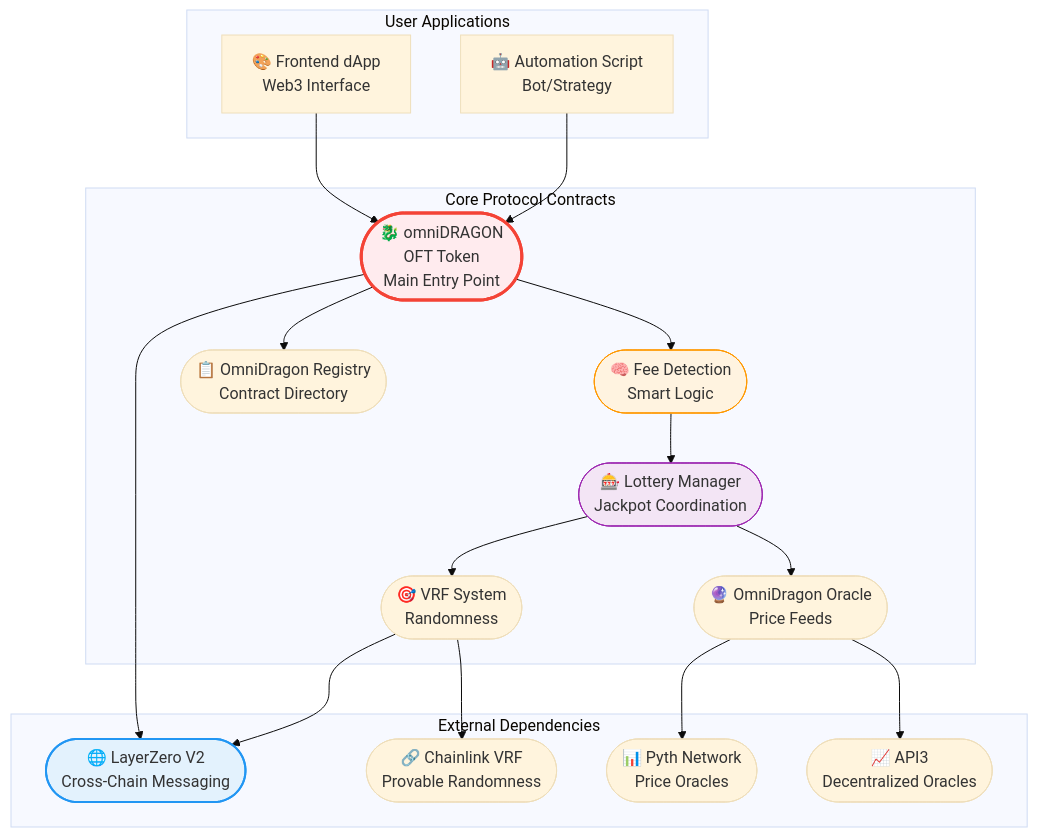
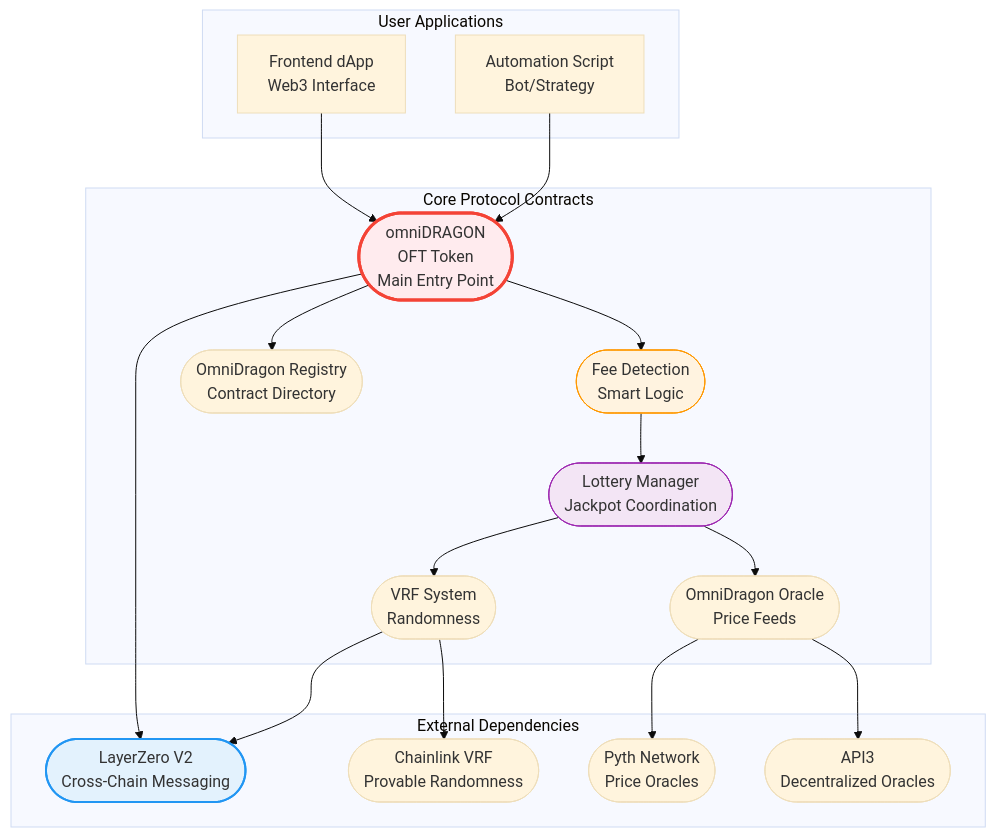
One commit to omnidragon-io/docs changed the fifth of 11 diagrams in docs/diagrams.md. Above: the diagram before and after it, drawn with Mermaid (base theme). The commit also changed other lines of this file, not shown here.

First line of the commit message:
docs: remove all emojis from Mermaid diagrams for clean, professional appearance

````diff
--- a/docs/diagrams.md
+++ b/docs/diagrams.md
@@ -160,45 +160,45 @@
 ```mermaid
 graph TD
     subgraph "User Applications"
-        DAPP[🎨 Frontend dApp<br/>Web3 Interface]
-        SCRIPT[🤖 Automation Script<br/>Bot/Strategy]
+        DAPP[Frontend dApp<br/>Web3 Interface]
+        SCRIPT[Automation Script<br/>Bot/Strategy]
     end
 
     subgraph "Core Protocol Contracts"
-        DRAGON([🐉 omniDRAGON<br/>OFT Token<br/>Main Entry Point])
-        FEESYS([🧠 Fee Detection<br/>Smart Logic])
-        LOTTERY([🎰 Lottery Manager<br/>Jackpot Coordination])
-        REGISTRY([📋 OmniDragon Registry<br/>Contract Directory])
-        ORACLE([🔮 OmniDragon Oracle<br/>Price Feeds])
-        VRF([🎯 VRF System<br/>Randomness])
+        DRAGON([omniDRAGON<br/>OFT Token<br/>Main Entry Point])
+        FEESYS([Fee Detection<br/>Smart Logic])
+        LOTTERY([Lottery Manager<br/>Jackpot Coordination])
+        REGISTRY([OmniDragon Registry<br/>Contract Directory])
+        ORACLE([OmniDragon Oracle<br/>Price Feeds])
+        VRF([VRF System<br/>Randomness])
     end
 
     subgraph "External Dependencies"
-        LZ([🌐 LayerZero V2<br/>Cross-Chain Messaging])
-        CHAINLINK([🔗 Chainlink VRF<br/>Provable Randomness])
-        PYTH([📊 Pyth Network<br/>Price Oracles])
-        API3([📈 API3<br/>Decentralized Oracles])
+        LZ([LayerZero V2<br/>Cross-Chain Messaging])
+        CHAINLINK([Chainlink VRF<br/>Provable Randomness])
+        PYTH([Pyth Network<br/>Price Oracles])
+        API3([API3<br/>Decentralized Oracles])
     end
 
     DAPP --> DRAGON
     SCRIPT --> DRAGON
 
     DRAGON --> FEESYS
     DRAGON --> REGISTRY
 
     FEESYS --> LOTTERY
     LOTTERY --> VRF
     LOTTERY --> ORACLE
 
     VRF --> CHAINLINK
     ORACLE --> PYTH
     ORACLE --> API3
 
     DRAGON --> LZ
     VRF --> LZ
 
     style DRAGON fill:#ffebee,stroke:#f44336,stroke-width:3px
     style FEESYS fill:#fff3e0,stroke:#ff9800
     style LOTTERY fill:#f3e5f5,stroke:#9c27b0
     style LZ fill:#e3f2fd,stroke:#2196f3,stroke-width:2px
 ```
````
